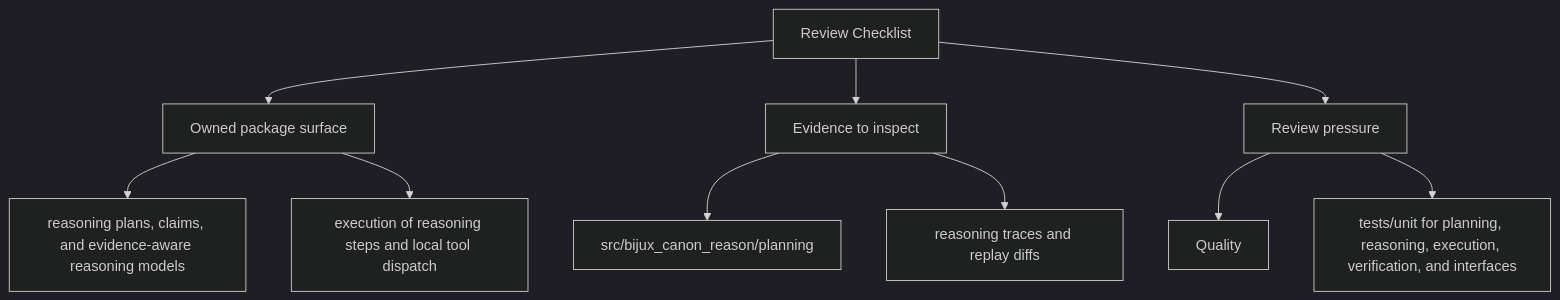
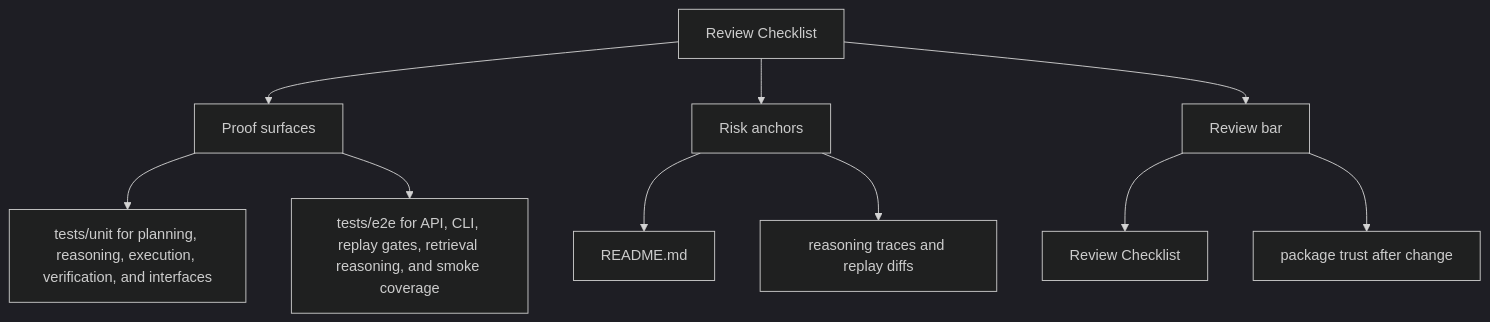
The second of 2 diagrams in docs/bijux-canon-reason/quality/review-checklist.md (bijux/bijux-canon), drawn with Mermaid (dark theme) before and after one commit. The commit also changed other lines of this file and 250 other files, not shown here.

Commit message:
docs(diagrams): make product page maps more readable

````diff
--- a/docs/bijux-canon-reason/quality/review-checklist.md
+++ b/docs/bijux-canon-reason/quality/review-checklist.md
@@ -34,22 +34,22 @@
 ```mermaid
 flowchart TD
     page["Review Checklist"]
-    focus1["Owned package surface"]
+    focus1["Proof surfaces"]
     page --> focus1
-    focus1_1["reasoning plans, claims, and evidence-aware reasoning models"]
+    focus1_1["tests/unit for planning, reasoning, execution, verification, and interfaces"]
     focus1 --> focus1_1
-    focus1_2["execution of reasoning steps and local tool dispatch"]
+    focus1_2["tests/e2e for API, CLI, replay gates, retrieval reasoning, and smoke coverage"]
     focus1 --> focus1_2
-    focus2["Evidence to inspect"]
+    focus2["Risk anchors"]
     page --> focus2
-    focus2_1["src/bijux_canon_reason/planning"]
+    focus2_1["README.md"]
     focus2 --> focus2_1
     focus2_2["reasoning traces and replay diffs"]
     focus2 --> focus2_2
-    focus3["Review pressure"]
+    focus3["Review bar"]
     page --> focus3
-    focus3_1["Quality"]
+    focus3_1["Review Checklist"]
     focus3 --> focus3_1
-    focus3_2["tests/unit for planning, reasoning, execution, verification, and interfaces"]
+    focus3_2["package trust after change"]
     focus3 --> focus3_2
 ```
````
